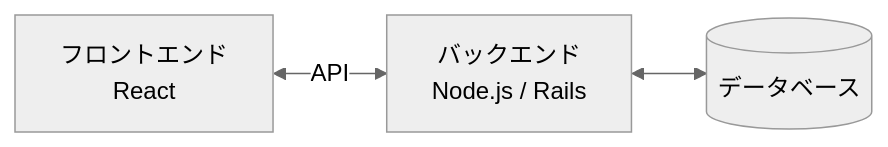
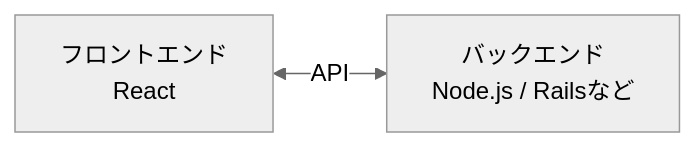
Before and after one commit to hrkd/web-frontend-workshop: the third of 6 diagrams in vol_05/slides.md, drawn with Mermaid (neutral theme). The commit also changed other lines of this file and 4 other files, not shown here.

````diff
--- a/vol_05/slides.md
+++ b/vol_05/slides.md
@@ -141,7 +134,6 @@
 ```mermaid
 graph LR
     Frontend["フロントエンド
     React"] <-->|API| Backend["バックエンド
-    Node.js / Rails"]
-    Backend <--> DB[(データベース)]
+    Node.js / Railsなど"]
 ```
````
